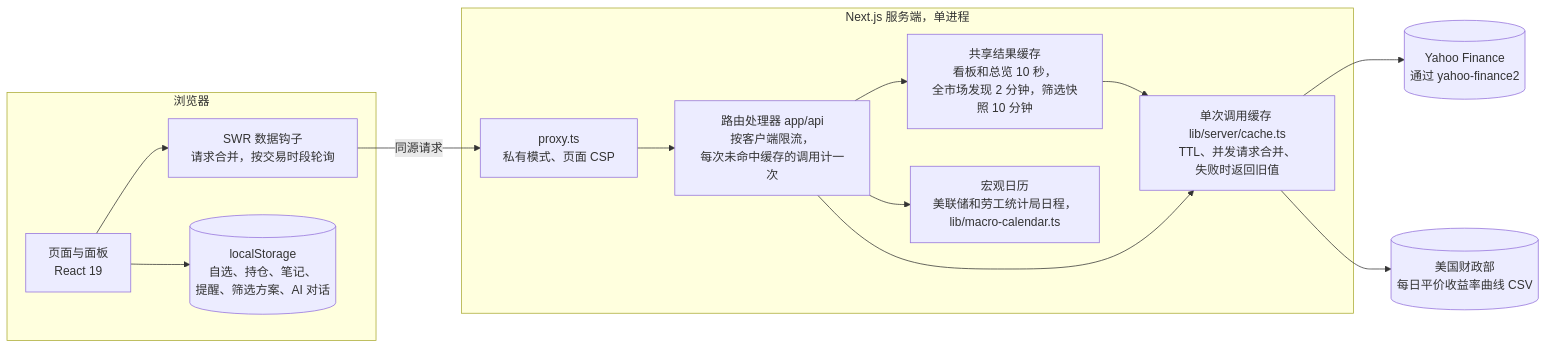
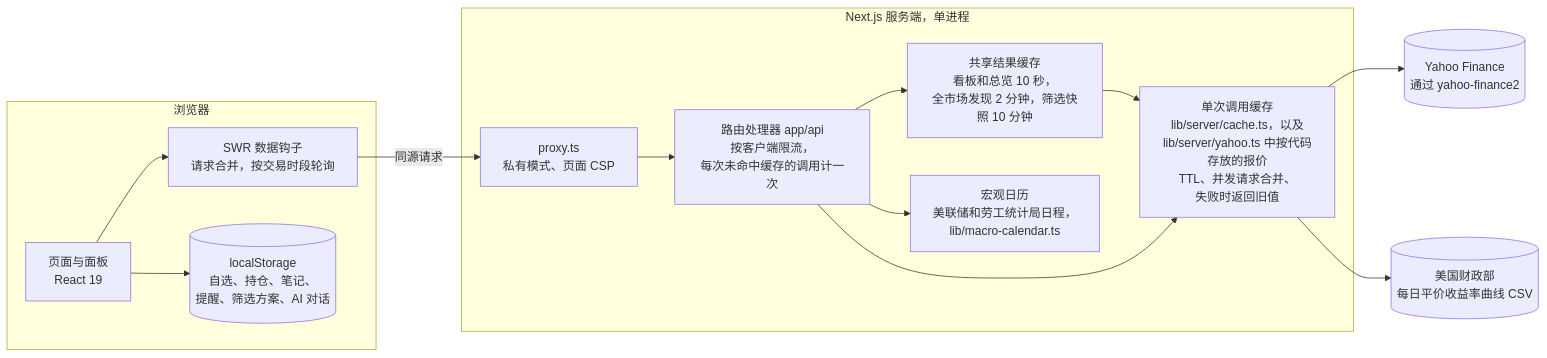
The first of 3 diagrams in README.zh-CN.md (DestRoyOvO/invest-app), drawn with Mermaid before and after one commit. The commit also changed other lines of this file and 2 other files, not shown here.

````diff
--- a/README.zh-CN.md
+++ b/README.zh-CN.md
@@ -143,27 +143,27 @@
 ```mermaid
 flowchart LR
   subgraph browser["浏览器"]
     pages["页面与面板<br/>React 19"]
     swr["SWR 数据钩子<br/>请求合并，按交易时段轮询"]
     local[("localStorage<br/>自选、持仓、笔记、<br/>提醒、筛选方案、AI 对话")]
     pages --> swr
     pages --> local
   end
   subgraph server["Next.js 服务端，单进程"]
     proxy["proxy.ts<br/>私有模式、页面 CSP"]
     routes["路由处理器 app/api<br/>按客户端限流，<br/>每次未命中缓存的调用计一次"]
     payloads["共享结果缓存<br/>看板和总览 10 秒，<br/>全市场发现 2 分钟，筛选快照 10 分钟"]
-    calls["单次调用缓存 lib/server/cache.ts<br/>TTL、并发请求合并、<br/>失败时返回旧值"]
+    calls["单次调用缓存<br/>lib/server/cache.ts，以及<br/>lib/server/yahoo.ts 中按代码存放的报价<br/>TTL、并发请求合并、<br/>失败时返回旧值"]
     macro["宏观日历<br/>美联储和劳工统计局日程，<br/>lib/macro-calendar.ts"]
   end
   yahoo[("Yahoo Finance<br/>通过 yahoo-finance2")]
   treasury[("美国财政部<br/>每日平价收益率曲线 CSV")]
   swr -- "同源请求" --> proxy
   proxy --> routes
   routes --> payloads
   payloads --> calls
   routes --> calls
   routes --> macro
   calls --> yahoo
   calls --> treasury
 ```
````
